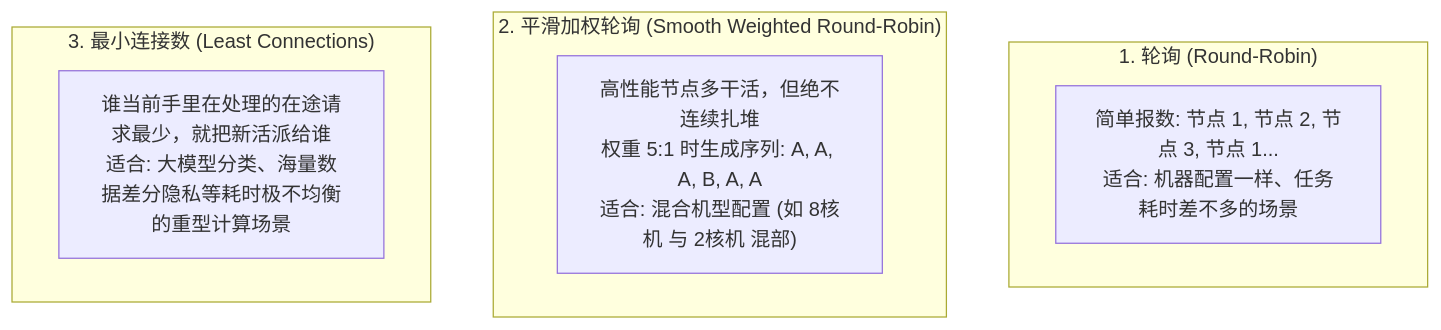
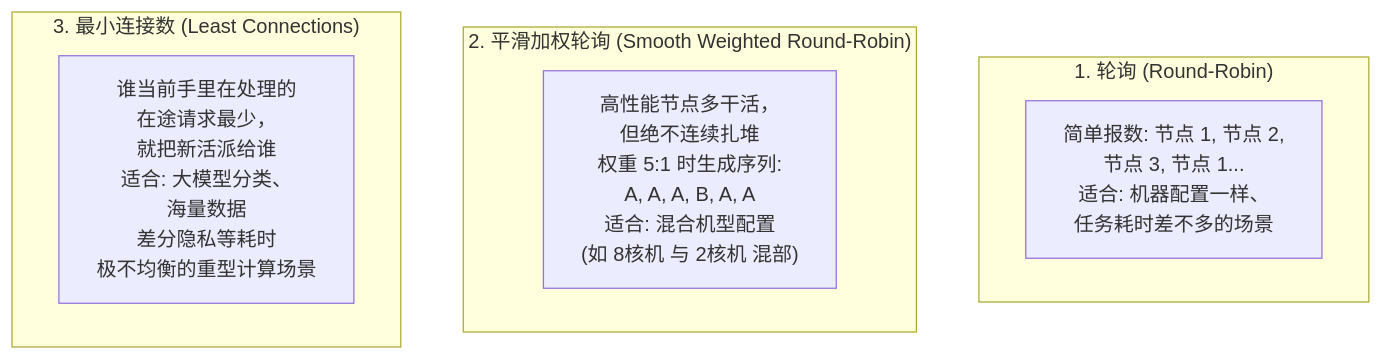
One commit to fengzhizi319/PrivShield changed the third of 18 diagrams in docs/gateway_balancer/design.md. Above: the diagram before and after it, drawn with Mermaid.

Commit message:
docs: 优化 gateway_balancer 设计文档中 mermaid 图表换行排版

````diff
--- a/docs/gateway_balancer/design.md
+++ b/docs/gateway_balancer/design.md
@@ -92,14 +92,14 @@
 ```mermaid
 graph TD
     subgraph RR ["1. 轮询 (Round-Robin)"]
-        RRDesc["简单报数: 节点 1, 节点 2, 节点 3, 节点 1...<br/>适合: 机器配置一样、任务耗时差不多的场景"]
+        RRDesc["简单报数: 节点 1, 节点 2, <br/>节点 3, 节点 1...<br/>适合: 机器配置一样、<br/>任务耗时差不多的场景"]
     end
 
     subgraph SWRR ["2. 平滑加权轮询 (Smooth Weighted Round-Robin)"]
-        SWRRDesc["高性能节点多干活，但绝不连续扎堆<br/>权重 5:1 时生成序列: A, A, A, B, A, A<br/>适合: 混合机型配置 (如 8核机 与 2核机 混部)"]
+        SWRRDesc["高性能节点多干活，<br/>但绝不连续扎堆<br/>权重 5:1 时生成序列: <br/>A, A, A, B, A, A<br/>适合: 混合机型配置<br/> (如 8核机 与 2核机 混部)"]
     end
 
     subgraph LC ["3. 最小连接数 (Least Connections)"]
-        LCDesc["谁当前手里在处理的在途请求最少，就把新活派给谁<br/>适合: 大模型分类、海量数据差分隐私等耗时极不均衡的重型计算场景"]
+        LCDesc["谁当前手里在处理的<br/>在途请求最少，<br/>就把新活派给谁<br/>适合: 大模型分类、<br/>海量数据<br/>差分隐私等耗时<br/>极不均衡的重型计算场景"]
     end
 ```
````
